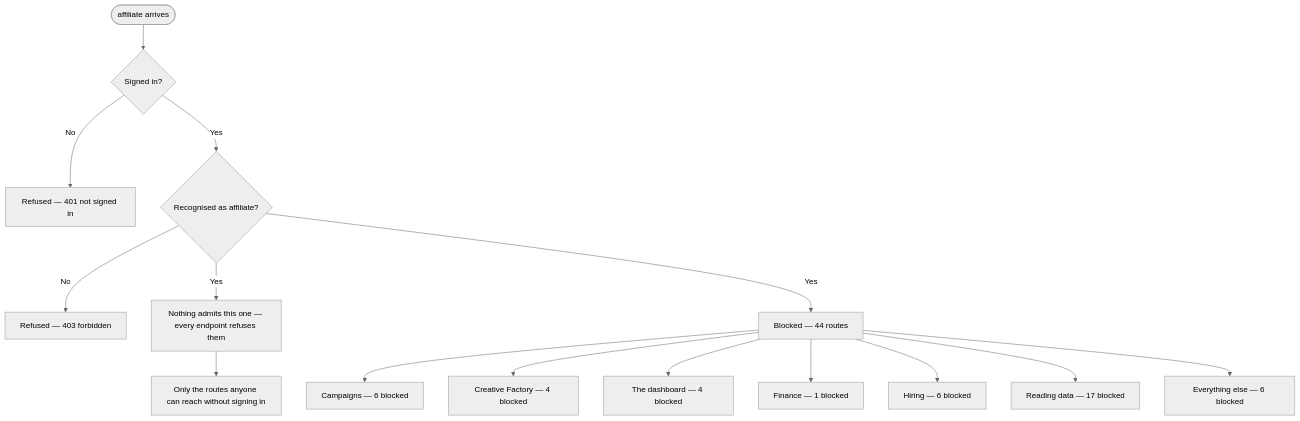
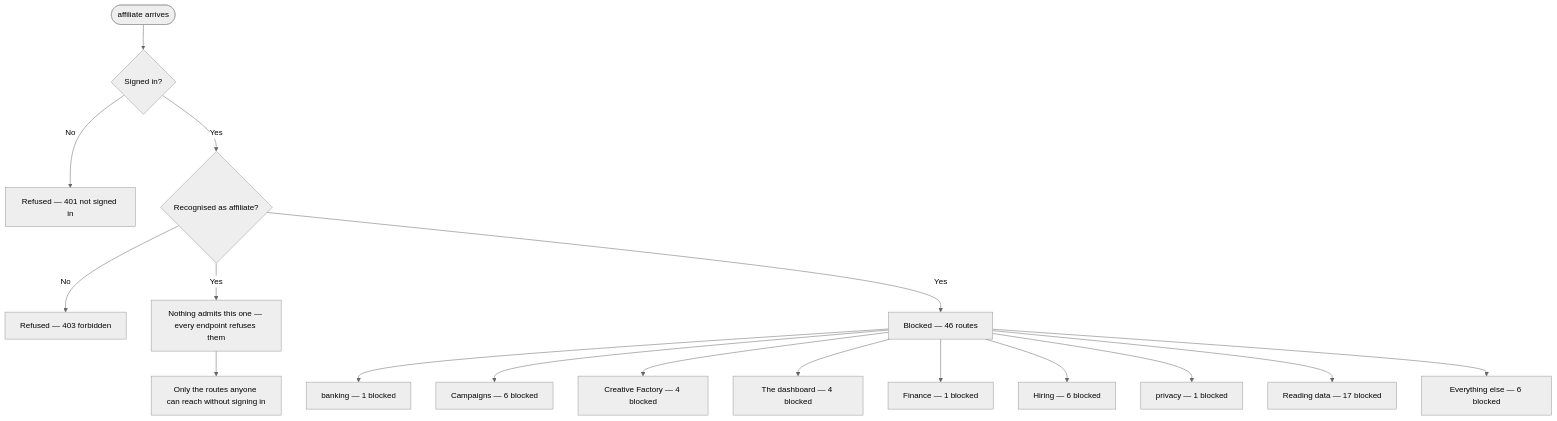
One commit to ZootimusMaximusBackup/fundhub-platform changed the diagram in docs/journeys/affiliate-actual.md. Above: the diagram before and after it, drawn with Mermaid (neutral theme). The commit also changed other lines of this file and 8 other files, not shown here.

````diff
--- a/docs/journeys/affiliate-actual.md
+++ b/docs/journeys/affiliate-actual.md
@@ -29,17 +29,19 @@
 ```mermaid
 flowchart TD
     START([affiliate arrives]) --> AUTH{Signed in?}
     AUTH -->|No| OUT[Refused — 401 not signed in]
     AUTH -->|Yes| WHO{Recognised as affiliate?}
     WHO -->|No| DENY[Refused — 403 forbidden]
     WHO -->|Yes| NONE[Nothing admits this one — every endpoint refuses them]
     NONE --> OPENONLY[Only the routes anyone can reach without signing in]
-    WHO -->|Yes| CANT[Blocked — 44 routes]
+    WHO -->|Yes| CANT[Blocked — 46 routes]
+    CANT --> B_banking[banking — 1 blocked]
     CANT --> B_campaigns[Campaigns — 6 blocked]
     CANT --> B_creative[Creative Factory — 4 blocked]
     CANT --> B_dashboard[The dashboard — 4 blocked]
     CANT --> B_finance[Finance — 1 blocked]
     CANT --> B_hiring[Hiring — 6 blocked]
+    CANT --> B_privacy[privacy — 1 blocked]
     CANT --> B_read[Reading data — 17 blocked]
     CANT --> B_top_level[Everything else — 6 blocked]
 ```
````
